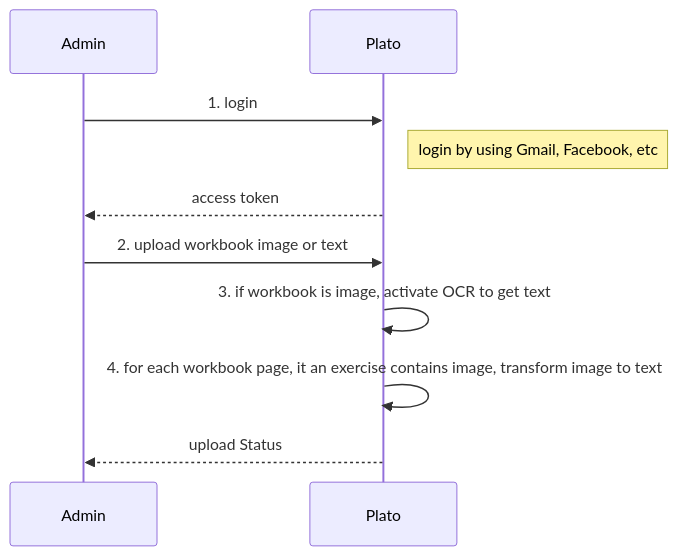
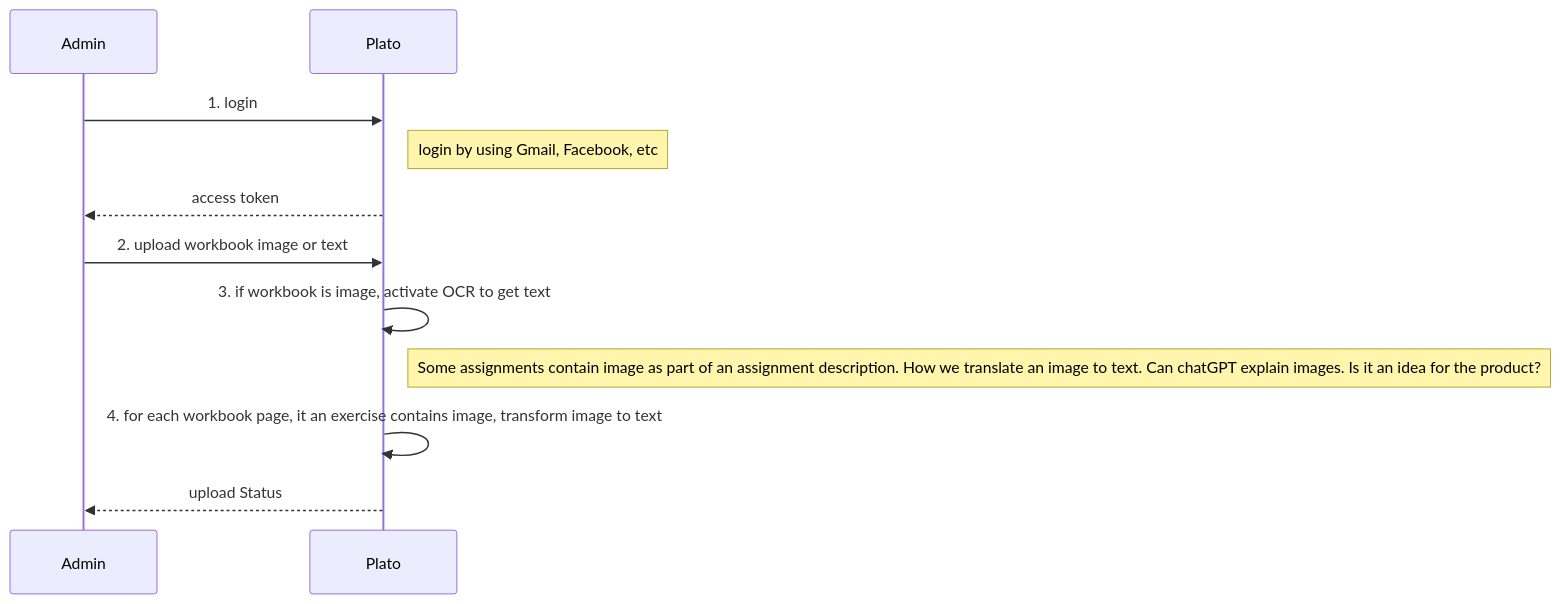
Before and after one commit to dimastatz/plato: the first of 2 diagrams in docs/design.md, drawn with Mermaid. The commit also changed other lines of this file, not shown here.

````diff
--- a/docs/design.md
+++ b/docs/design.md
@@ -44,10 +44,14 @@
 ```mermaid
 sequenceDiagram
 Admin->>Plato: 1. login
 Note right of Plato: login by using Gmail, Facebook, etc 
 Plato-->>Admin: access token
+
 Admin->>Plato: 2. upload workbook image or text
+
 Plato->>Plato: 3. if workbook is image, activate OCR to get text
+Note right of Plato: Some assignments contain image as part of an assignment description. How we translate an image to text. Can chatGPT explain images. Is it an idea for the product?
+
 Plato->>Plato: 4. for each workbook page, it an exercise contains image, transform image to text 
 Plato-->>Admin: upload Status
 ```
````
